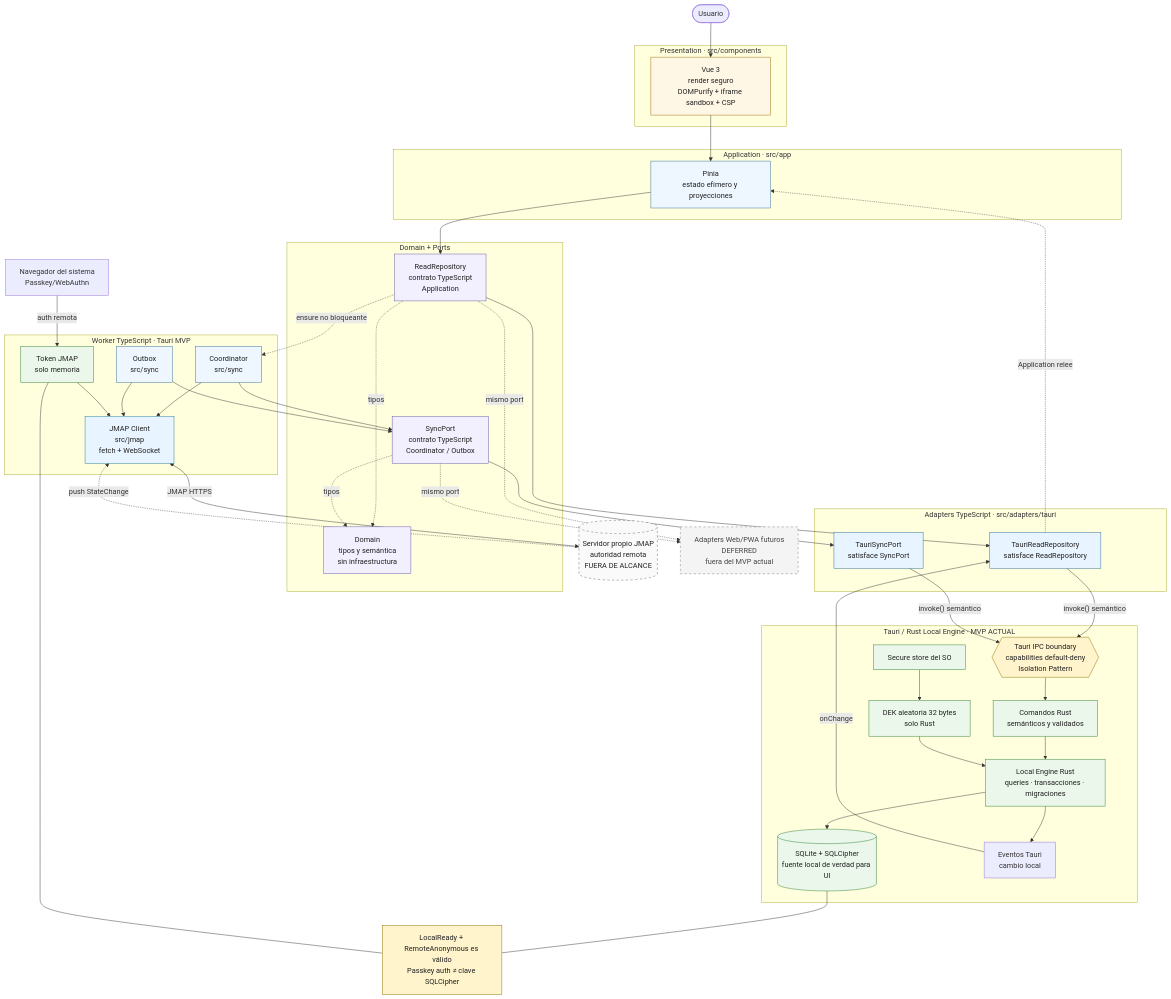
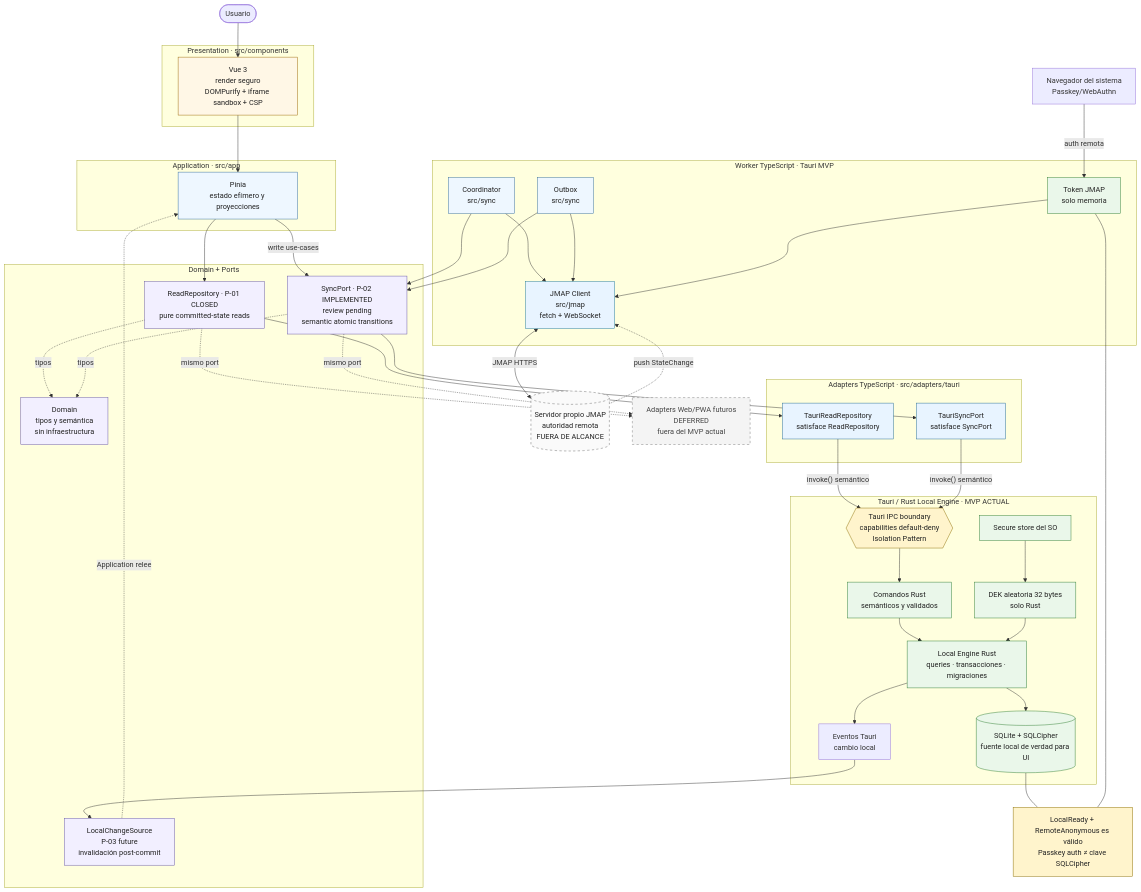
The diagram in docs/diagrams/layers-components.mmd (sebastiandperez/Correo-Boxplot), drawn with Mermaid before and after one commit. The commit also changed 15 other files, not shown here.

Commit message:
SyncPort Implemented + Docs updated

```diff
--- a/docs/diagrams/layers-components.mmd
+++ b/docs/diagrams/layers-components.mmd
@@ -1,103 +1,104 @@
 flowchart TD
     User(["Usuario"])
 
     subgraph Presentation["Presentation · src/components"]
         UI["Vue 3<br/>render seguro<br/>DOMPurify + iframe sandbox + CSP"]
     end
 
     subgraph Application["Application · src/app"]
         State["Pinia<br/>estado efímero y proyecciones"]
     end
 
     subgraph Core["Domain + Ports"]
         Domain["Domain<br/>tipos y semántica<br/>sin infraestructura"]
-        ReadRepo["ReadRepository<br/>contrato TypeScript<br/>Application"]
-        SyncPort["SyncPort<br/>contrato TypeScript<br/>Coordinator / Outbox"]
+        ReadRepo["ReadRepository · P-01 CLOSED<br/>pure committed-state reads"]
+        SyncPort["SyncPort · P-02 IMPLEMENTED<br/>review pending<br/>semantic atomic transitions"]
+        ChangeSource["LocalChangeSource<br/>P-03 future<br/>invalidación post-commit"]
 
         ReadRepo -.->|"tipos"| Domain
         SyncPort -.->|"tipos"| Domain
     end
 
     subgraph TauriAdapters["Adapters TypeScript · src/adapters/tauri"]
         ReadAdapter["TauriReadRepository<br/>satisface ReadRepository"]
         SyncAdapter["TauriSyncPort<br/>satisface SyncPort"]
     end
 
     subgraph Native["Tauri / Rust Local Engine · MVP ACTUAL"]
         IPC{{"Tauri IPC boundary<br/>capabilities default-deny<br/>Isolation Pattern"}}
         Commands["Comandos Rust<br/>semánticos y validados"]
         Rust["Local Engine Rust<br/>queries · transacciones · migraciones"]
         DB[("SQLite + SQLCipher<br/>fuente local de verdad para UI")]
         Secret["Secure store del SO"]
         DEK["DEK aleatoria 32 bytes<br/>solo Rust"]
         Events["Eventos Tauri<br/>cambio local"]
 
         IPC --> Commands
         Commands --> Rust
         Secret --> DEK
         DEK --> Rust
         Rust --> DB
         Rust --> Events
     end
 
     subgraph Background["Worker TypeScript · Tauri MVP"]
         Coordinator["Coordinator<br/>src/sync"]
         Outbox["Outbox<br/>src/sync"]
         JMAP["JMAP Client<br/>src/jmap<br/>fetch + WebSocket"]
         Token["Token JMAP<br/>solo memoria"]
 
         Coordinator --> JMAP
         Outbox --> JMAP
         Token --> JMAP
     end
 
     Browser["Navegador del sistema<br/>Passkey/WebAuthn"]
     Server[("Servidor propio JMAP<br/>autoridad remota<br/>FUERA DE ALCANCE")]
     WebFuture["Adapters Web/PWA futuros<br/>DEFERRED<br/>fuera del MVP actual"]
     LocalNote["LocalReady + RemoteAnonymous es válido<br/>Passkey auth ≠ clave SQLCipher"]
 
     User --> UI
     UI --> State
     State --> ReadRepo
+    State -->|"write use-cases"| SyncPort
     ReadRepo --> ReadAdapter
     ReadAdapter -->|"invoke() semántico"| IPC
 
-    Events -->|"onChange"| ReadAdapter
-    ReadAdapter -.->|"Application relee"| State
+    Events --> ChangeSource
+    ChangeSource -.->|"Application relee"| State
 
-    ReadRepo -.->|"ensure no bloqueante"| Coordinator
     Coordinator --> SyncPort
     Outbox --> SyncPort
     SyncPort --> SyncAdapter
     SyncAdapter -->|"invoke() semántico"| IPC
 
     Browser -->|"auth remota"| Token
     JMAP <-->|"JMAP HTTPS"| Server
     Server -.->|"push StateChange"| JMAP
 
     ReadRepo -.->|"mismo port"| WebFuture
     SyncPort -.->|"mismo port"| WebFuture
 
     DB --- LocalNote
     Token --- LocalNote
 
     classDef presentation fill:#fff7e6,stroke:#9a6700,color:#222;
     classDef application fill:#eef7ff,stroke:#336b99,color:#222;
     classDef core fill:#f2efff,stroke:#6554a4,color:#222;
     classDef adapter fill:#e8f4ff,stroke:#246b91,color:#222;
     classDef sync fill:#eef7ff,stroke:#336b99,color:#222;
     classDef remote fill:#e8f4ff,stroke:#1b7698,color:#222;
     classDef secure fill:#eaf7ea,stroke:#2f7d32,color:#222;
     classDef deferred fill:#f4f4f4,stroke:#777,stroke-dasharray:5 5,color:#444;
     classDef boundary fill:#fff4cc,stroke:#8a6d00,color:#222;
     classDef external fill:#fafafa,stroke:#666,stroke-dasharray:5 5,color:#222;
     class UI presentation;
     class State application;
     class Coordinator,Outbox sync;
     class JMAP remote;
-    class Domain,ReadRepo,SyncPort core;
+    class Domain,ReadRepo,SyncPort,ChangeSource core;
     class ReadAdapter,SyncAdapter adapter;
     class Commands,Rust,DB,Secret,DEK,Token secure;
     class WebFuture deferred;
     class IPC,LocalNote boundary;
     class Server external;
```
